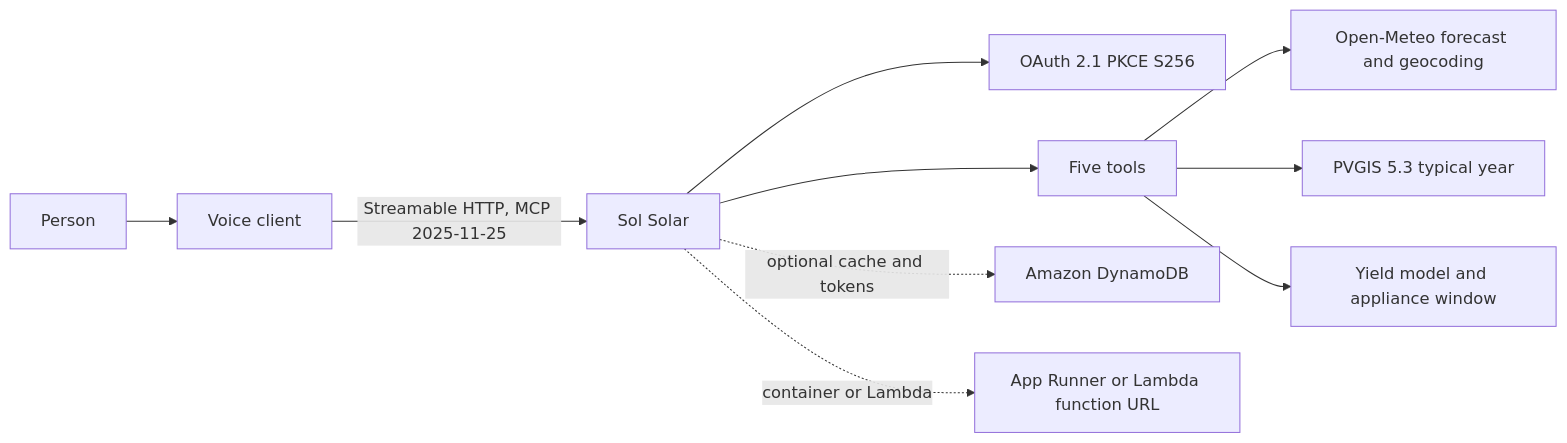
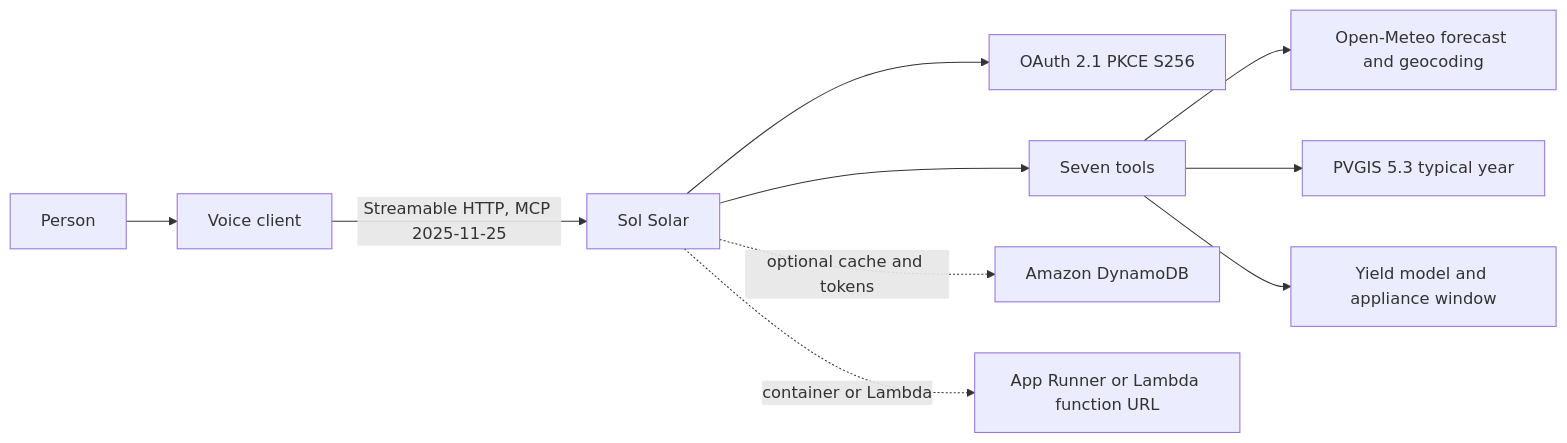
Before and after one commit to Solar-DePIN-Hub/sol-solar-mcp: the diagram in README.md, drawn with Mermaid. The commit also changed 3 other files, not shown here.

````diff
--- a/README.md
+++ b/README.md
@@ -37,12 +37,12 @@
 ```mermaid
 flowchart LR
   person[Person] --> client[Voice client]
   client -->|"Streamable HTTP, MCP 2025-11-25"| mcp[Sol Solar]
   mcp --> auth[OAuth 2.1 PKCE S256]
-  mcp --> tools[Five tools]
+  mcp --> tools[Seven tools]
   tools --> meteo[Open-Meteo forecast and geocoding]
   tools --> pvgis[PVGIS 5.3 typical year]
   tools --> model[Yield model and appliance window]
   mcp -. optional cache and tokens .-> dynamo[Amazon DynamoDB]
   mcp -. container or Lambda .-> aws[App Runner or Lambda function URL]
 ```
````
